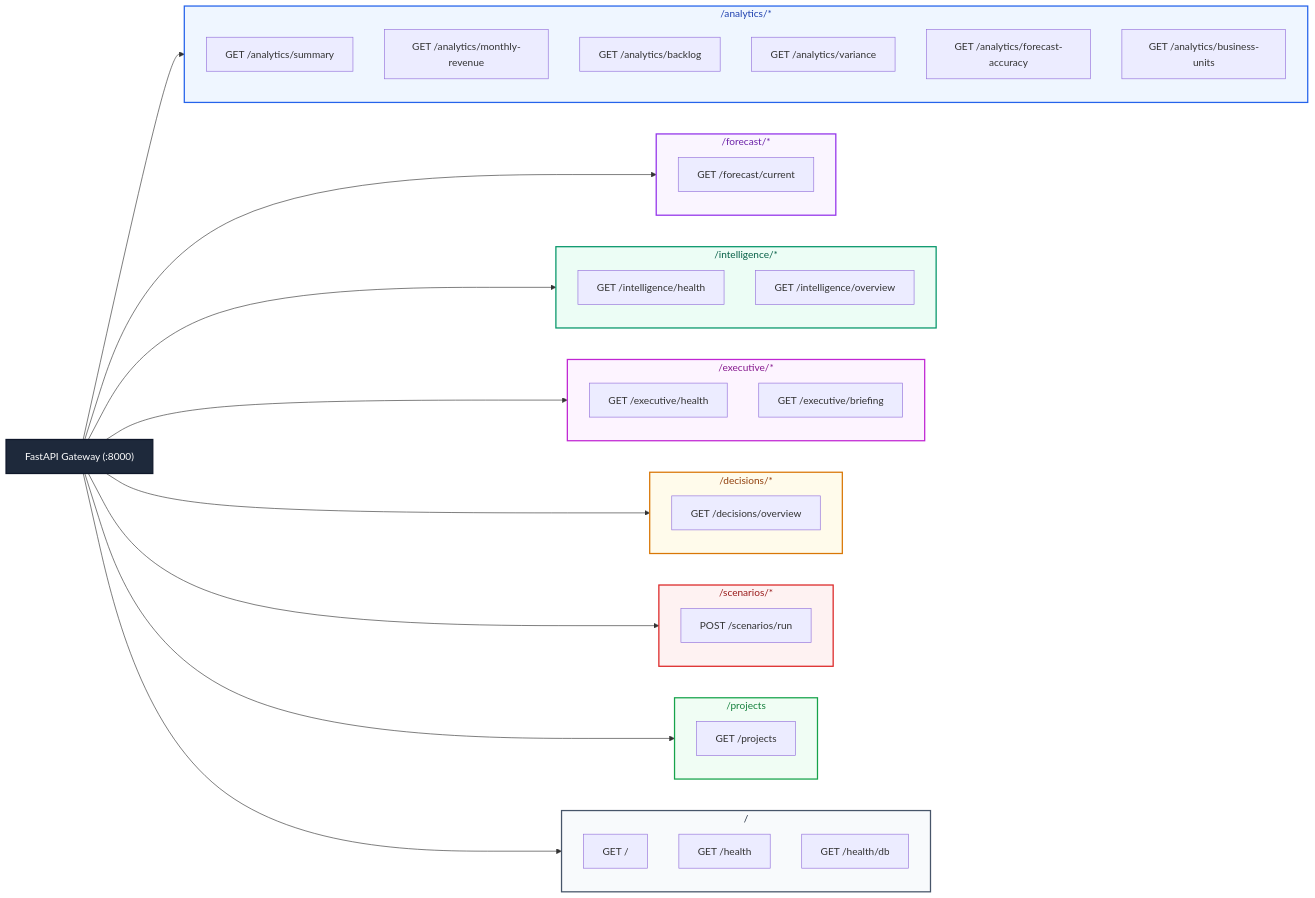
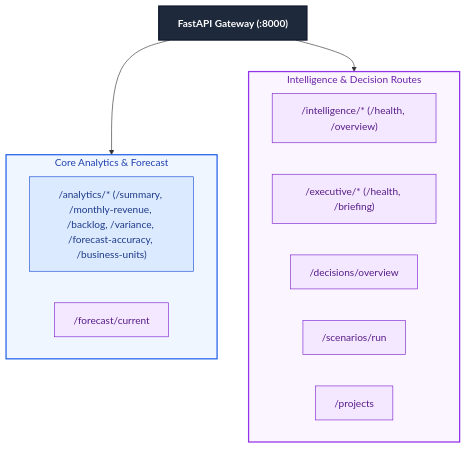
One commit to VED-VIVEK-TALMALEY/x-fin changed the first of 2 diagrams in docs/API.md. Above: the diagram before and after it, drawn with Mermaid. The commit also changed other lines of this file and 6 other files, not shown here.

````diff
--- a/docs/API.md
+++ b/docs/API.md
@@ -9,57 +9,30 @@
 ```mermaid
-graph LR
-    API["FastAPI Gateway (:8000)"]
+flowchart TB
+    API["<b>FastAPI Gateway (:8000)</b>"]
 
-    subgraph Analytics["/analytics/*"]
-        A1["GET /analytics/summary"]
-        A2["GET /analytics/monthly-revenue"]
-        A3["GET /analytics/backlog"]
-        A4["GET /analytics/variance"]
-        A5["GET /analytics/forecast-accuracy"]
-        A6["GET /analytics/business-units"]
+    subgraph CoreRoutes["Core Analytics & Forecast"]
+        A1["/analytics/* (/summary, /monthly-revenue, /backlog, /variance, /forecast-accuracy, /business-units)"]
+        F1["/forecast/current"]
     end
 
-    subgraph Forecast["/forecast/*"]
-        F1["GET /forecast/current"]
+    subgraph DecisionRoutes["Intelligence & Decision Routes"]
+        I1["/intelligence/* (/health, /overview)"]
+        E1["/executive/* (/health, /briefing)"]
+        D1["/decisions/overview"]
+        S1["/scenarios/run"]
+        P1["/projects"]
     end
 
-    subgraph Intelligence["/intelligence/*"]
-        I1["GET /intelligence/health"]
-        I2["GET /intelligence/overview"]
-    end
-
-    subgraph Executive["/executive/*"]
-        E1["GET /executive/health"]
-        E2["GET /executive/briefing"]
-    end
-
-    subgraph Decisions["/decisions/*"]
-        D1["GET /decisions/overview"]
-    end
-
-    subgraph Scenarios["/scenarios/*"]
-        S1["POST /scenarios/run"]
-    end
-
-    subgraph Projects["/projects"]
-        P1["GET /projects"]
-    end
-
-    subgraph System["/"]
-        SYS1["GET /"]
-        SYS2["GET /health"]
-        SYS3["GET /health/db"]
-    end
-
-    API --> Analytics & Forecast & Intelligence & Executive & Decisions & Scenarios & Projects & System
+    API --> CoreRoutes & DecisionRoutes
 
     style API fill:#1E293B,stroke:#0F172A,stroke-width:2px,color:#FFFFFF
-    style Analytics fill:#EFF6FF,stroke:#2563EB,stroke-width:2px,color:#1E40AF
-    style Forecast fill:#FAF5FF,stroke:#9333EA,stroke-width:2px,color:#6B21A8
-    style Intelligence fill:#ECFDF5,stroke:#059669,stroke-width:2px,color:#065F46
-    style Executive fill:#FDF4FF,stroke:#C026D3,stroke-width:2px,color:#86198F
-    style Decisions fill:#FFFBEB,stroke:#D97706,stroke-width:2px,color:#92400E
-    style Scenarios fill:#FEF2F2,stroke:#DC2626,stroke-width:2px,color:#991B1B
-    style Projects fill:#F0FDF4,stroke:#16A34A,stroke-width:2px,color:#15803D
-    style System fill:#F8FAFC,stroke:#475569,stroke-width:2px,color:#1E293B
+    style CoreRoutes fill:#EFF6FF,stroke:#2563EB,stroke-width:2px,color:#1E40AF
+    style DecisionRoutes fill:#FAF5FF,stroke:#9333EA,stroke-width:2px,color:#6B21A8
+    style A1 fill:#DBEAFE,stroke:#1D4ED8,stroke-width:1px,color:#1E3A8A
+    style F1 fill:#F3E8FF,stroke:#7E22CE,stroke-width:1px,color:#581C87
+    style I1 fill:#F3E8FF,stroke:#7E22CE,stroke-width:1px,color:#581C87
+    style E1 fill:#F3E8FF,stroke:#7E22CE,stroke-width:1px,color:#581C87
+    style D1 fill:#F3E8FF,stroke:#7E22CE,stroke-width:1px,color:#581C87
+    style S1 fill:#F3E8FF,stroke:#7E22CE,stroke-width:1px,color:#581C87
+    style P1 fill:#F3E8FF,stroke:#7E22CE,stroke-width:1px,color:#581C87
 ```
````
